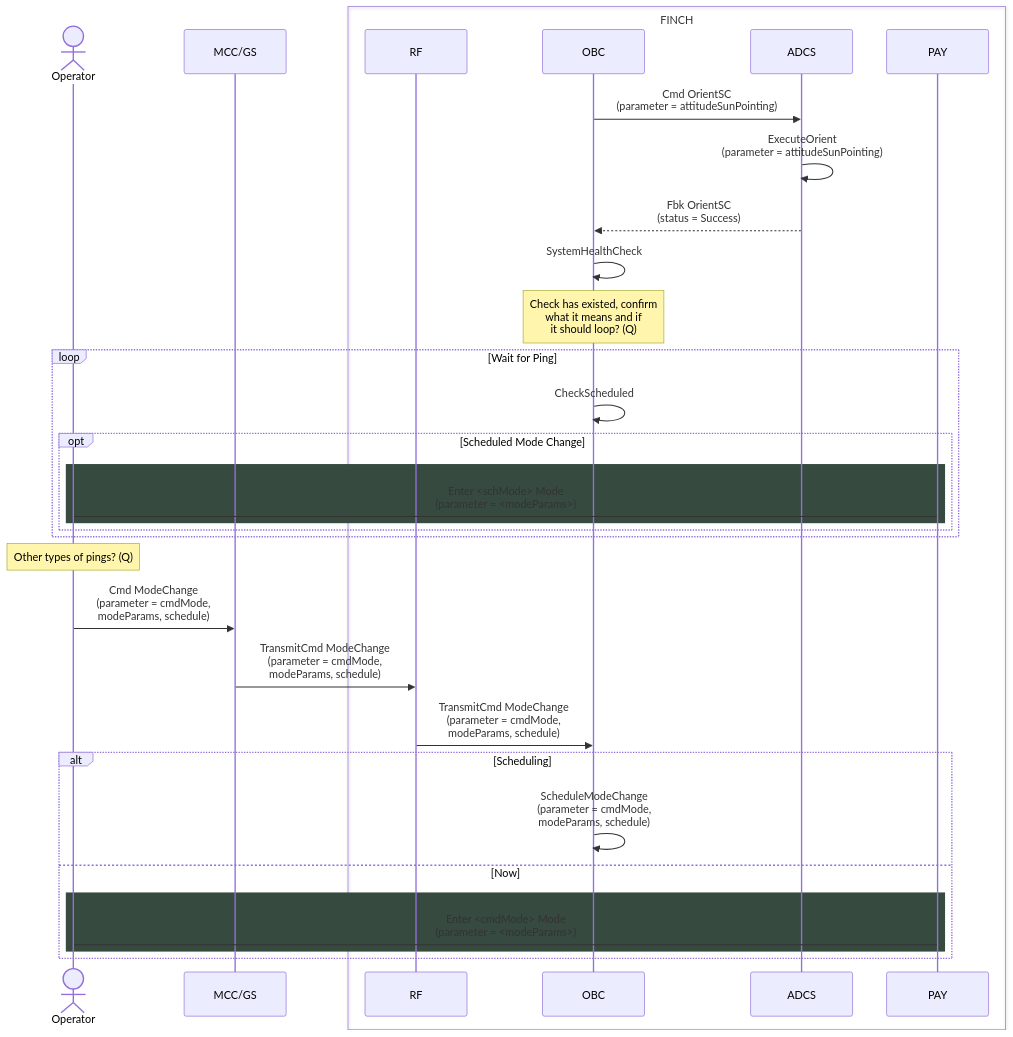
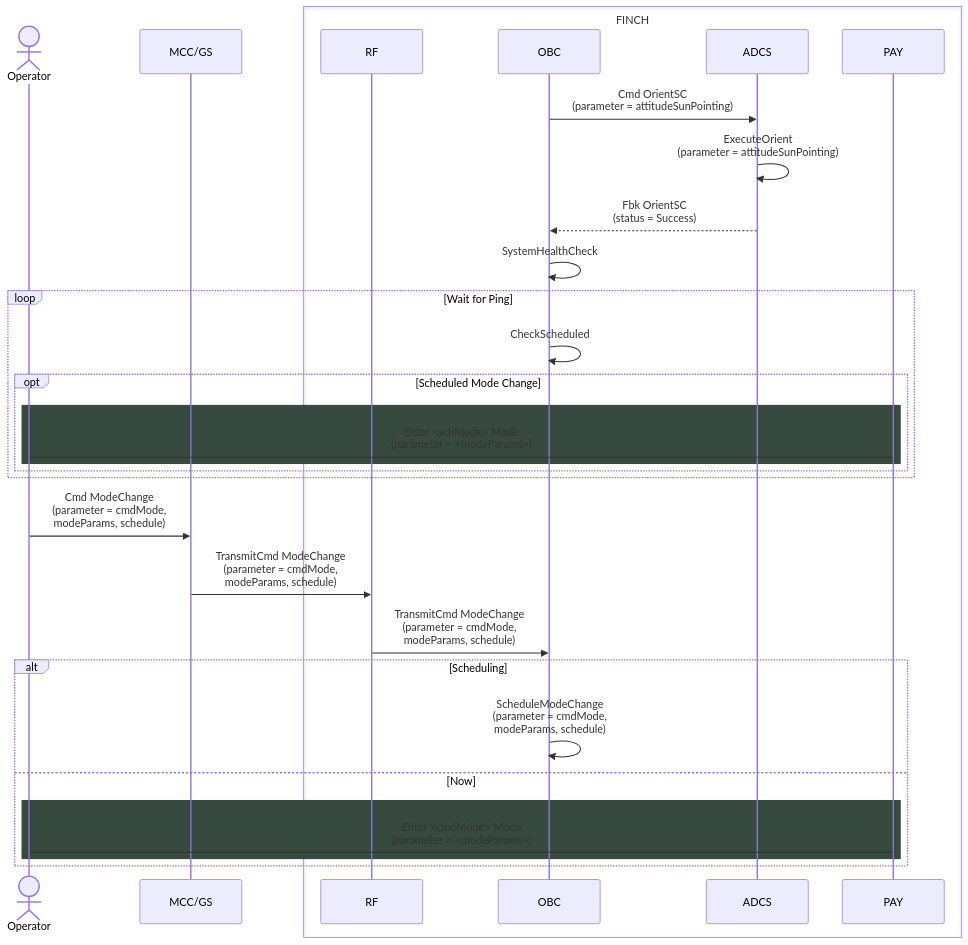
One commit to Addy-lit/FINCH-system-architecture changed the diagram in command sequences/idle-command.md. Above: the diagram before and after it, drawn with Mermaid.

````diff
--- a/command sequences/idle-command.md
+++ b/command sequences/idle-command.md
@@ -2,39 +2,37 @@
 ```mermaid
 sequenceDiagram
     actor Operator
     participant MCC/GS
     box FINCH
         participant RF
         participant OBC 
         participant ADCS
         participant PAY
     end
 
     OBC ->> ADCS: Cmd OrientSC <br> (parameter = attitudeSunPointing)
     ADCS ->> ADCS: ExecuteOrient <br> (parameter = attitudeSunPointing)
     ADCS -->> OBC: Fbk OrientSC <br> (status = Success)
     OBC ->> OBC: SystemHealthCheck
-    note over OBC: Check has existed, confirm <br> what it means and if <br> it should loop? (Q)
 
     loop Wait for Ping
         OBC ->> OBC: CheckScheduled
         opt Scheduled Mode Change
             rect rgb(54,74,63)
               	Operator -> PAY: Enter <schMode> Mode <br> (parameter = <modeParams>)
             end
         end
     end
 
-    note over Operator: Other types of pings? (Q)
     Operator ->> MCC/GS: Cmd ModeChange <br> (parameter = cmdMode, <br> modeParams, schedule)
     MCC/GS ->> RF: TransmitCmd ModeChange <br> (parameter = cmdMode, <br> modeParams, schedule)
         RF ->> OBC: TransmitCmd ModeChange <br> (parameter = cmdMode, <br> modeParams, schedule)
         alt Scheduling
             OBC ->> OBC: ScheduleModeChange <br> (parameter = cmdMode, <br> modeParams, schedule)
         else Now
             rect rgb(54,74,63)
                 Operator -> PAY: Enter <cmdMode> Mode <br> (parameter = <modeParams>)
             end
         end
 
 ```
````
